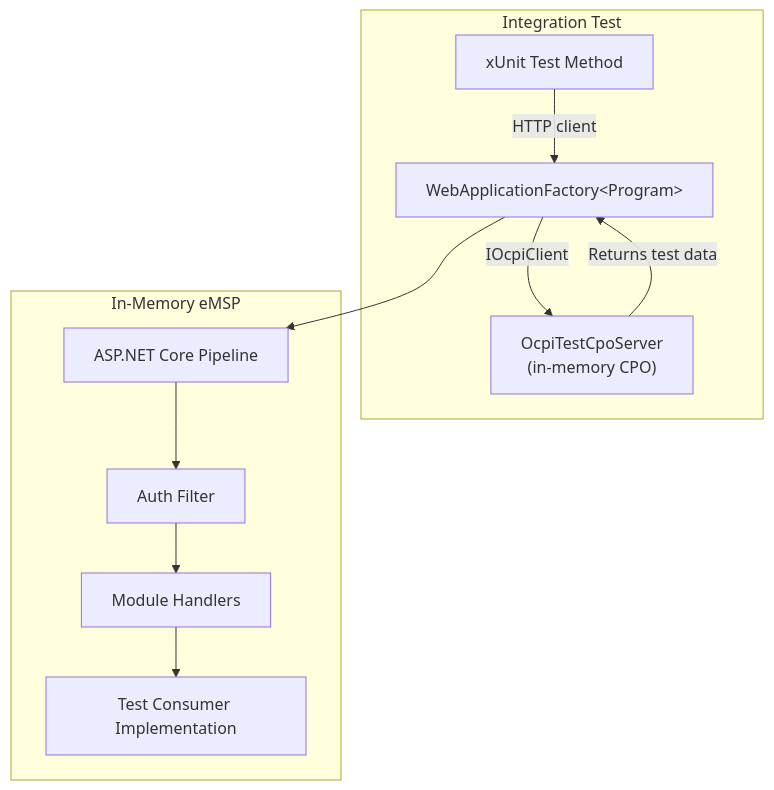
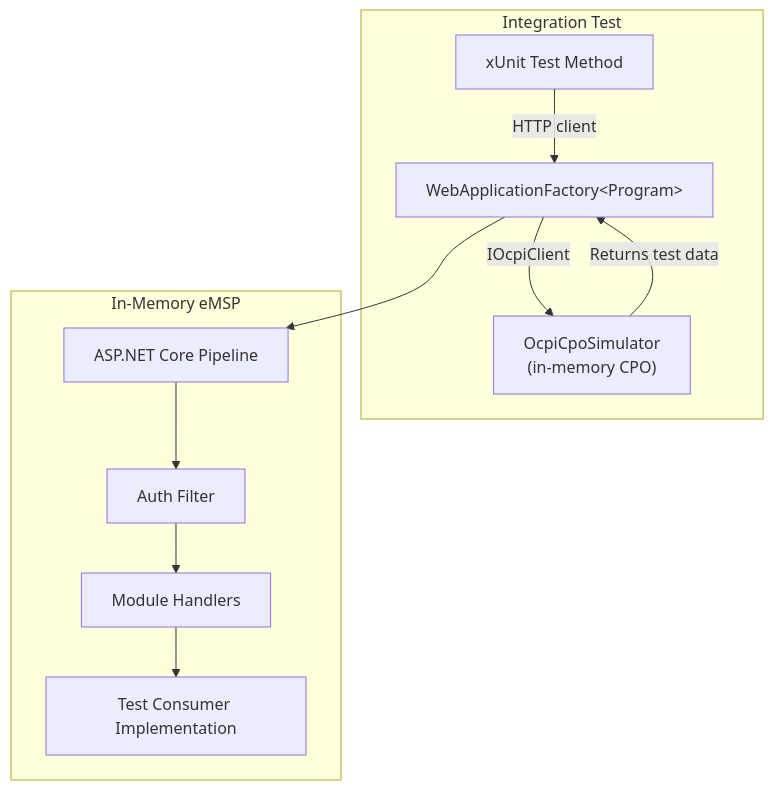
The third of 4 diagrams in docs/testing.md (hannan-m/DotOcpi), drawn with Mermaid before and after one commit. The commit also changed other lines of this file and 5 other files, not shown here.

````diff
--- a/docs/testing.md
+++ b/docs/testing.md
@@ -339,20 +338,20 @@
 ```mermaid
 graph TD
     subgraph "Integration Test"
         Test["xUnit Test Method"]
         Factory["WebApplicationFactory&lt;Program&gt;"]
-        TestCpo["OcpiTestCpoServer<br/>(in-memory CPO)"]
+        TestCpo["OcpiCpoSimulator<br/>(in-memory CPO)"]
     end
 
     subgraph "In-Memory eMSP"
         Pipeline["ASP.NET Core Pipeline"]
         Auth["Auth Filter"]
         Handlers["Module Handlers"]
         Consumer["Test Consumer Implementation"]
     end
 
     Test -->|"HTTP client"| Factory
     Factory --> Pipeline --> Auth --> Handlers --> Consumer
     Factory -->|"IOcpiClient"| TestCpo
     TestCpo -->|"Returns test data"| Factory
 ```
````
